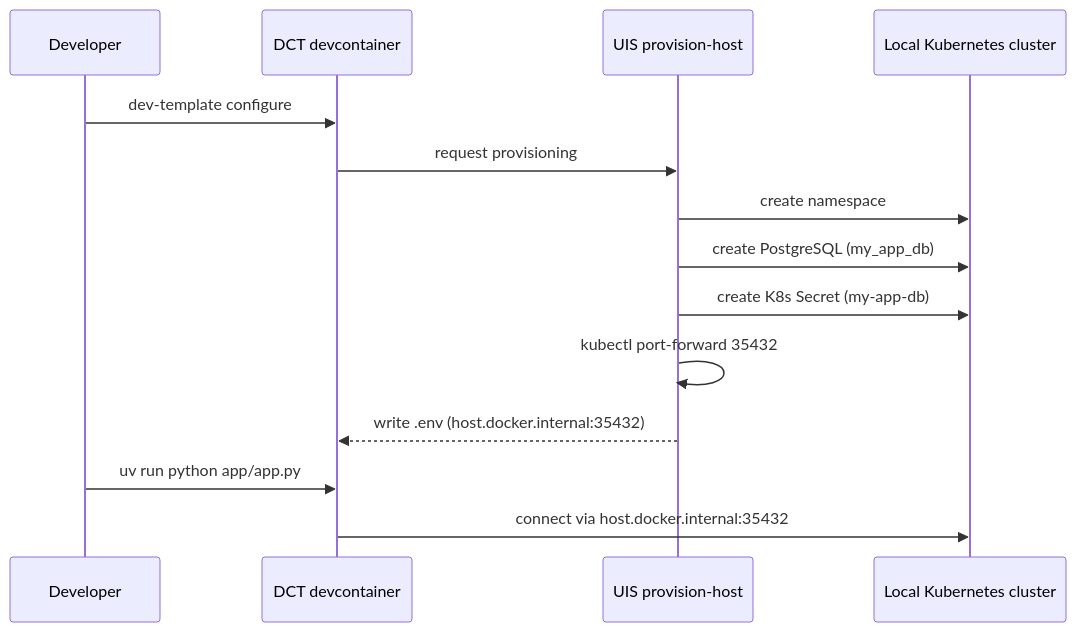
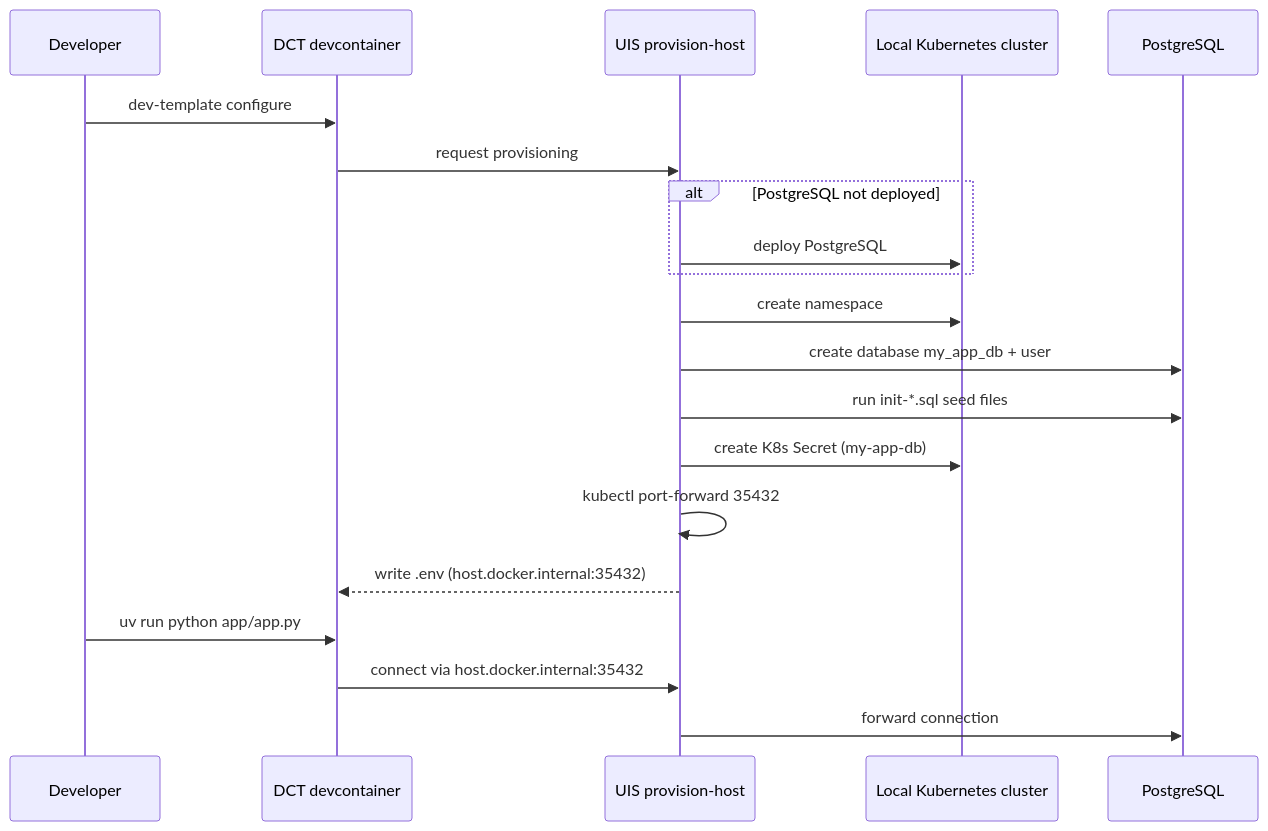
Before and after one commit to helpers-no/dev-templates: the second of 2 diagrams in website/docs/templates/basic-web-server-database/python-basic-webserver-database.mdx, drawn with Mermaid. The commit also changed 4 other files, not shown here.

First line of the commit message:
Architecture sequence: add DB participant, conditional deploy, init SQL

````diff
--- a/website/docs/templates/basic-web-server-database/python-basic-webserver-database.mdx
+++ b/website/docs/templates/basic-web-server-database/python-basic-webserver-database.mdx
@@ -86,16 +86,22 @@
 ```mermaid
 sequenceDiagram
     participant Dev as Developer
     participant DCT as DCT devcontainer
     participant UIS as UIS provision-host
     participant K8s as Local Kubernetes cluster
+    participant DB as PostgreSQL
     Dev->>DCT: dev-template configure
     DCT->>UIS: request provisioning
+    alt PostgreSQL not deployed
+        UIS->>K8s: deploy PostgreSQL
+    end
     UIS->>K8s: create namespace
-    UIS->>K8s: create PostgreSQL (my_app_db)
+    UIS->>DB: create database my_app_db + user
+    UIS->>DB: run init-*.sql seed files
     UIS->>K8s: create K8s Secret (my-app-db)
     UIS->>UIS: kubectl port-forward 35432
     UIS-->>DCT: write .env (host.docker.internal:35432)
     Dev->>DCT: uv run python app/app.py
-    DCT->>K8s: connect via host.docker.internal:35432
+    DCT->>UIS: connect via host.docker.internal:35432
+    UIS->>DB: forward connection
 ```
````
